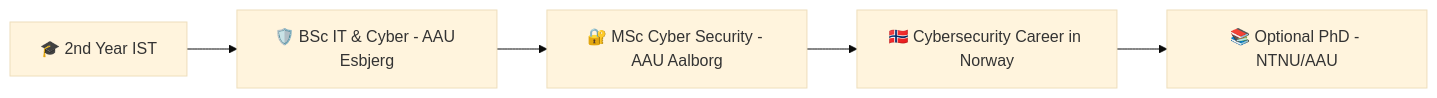
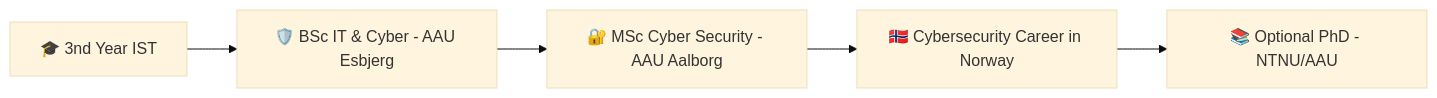
Before and after one commit to timo-t-q/timo-t-q: the diagram in README.md, drawn with Mermaid (base theme). The commit also changed other lines of this file, not shown here.

````diff
--- a/README.md
+++ b/README.md
@@ -99,7 +99,7 @@
 ```mermaid
 graph LR
-    A[🎓 2nd Year IST] --> B[🛡️ BSc IT & Cyber - AAU Esbjerg]
+    A[🎓 3nd Year IST] --> B[🛡️ BSc IT & Cyber - AAU Esbjerg]
     B --> C[🔐 MSc Cyber Security - AAU Aalborg]
     C --> D[🇳🇴 Cybersecurity Career in Norway]
     D --> E[📚 Optional PhD - NTNU/AAU]
 ```
````
